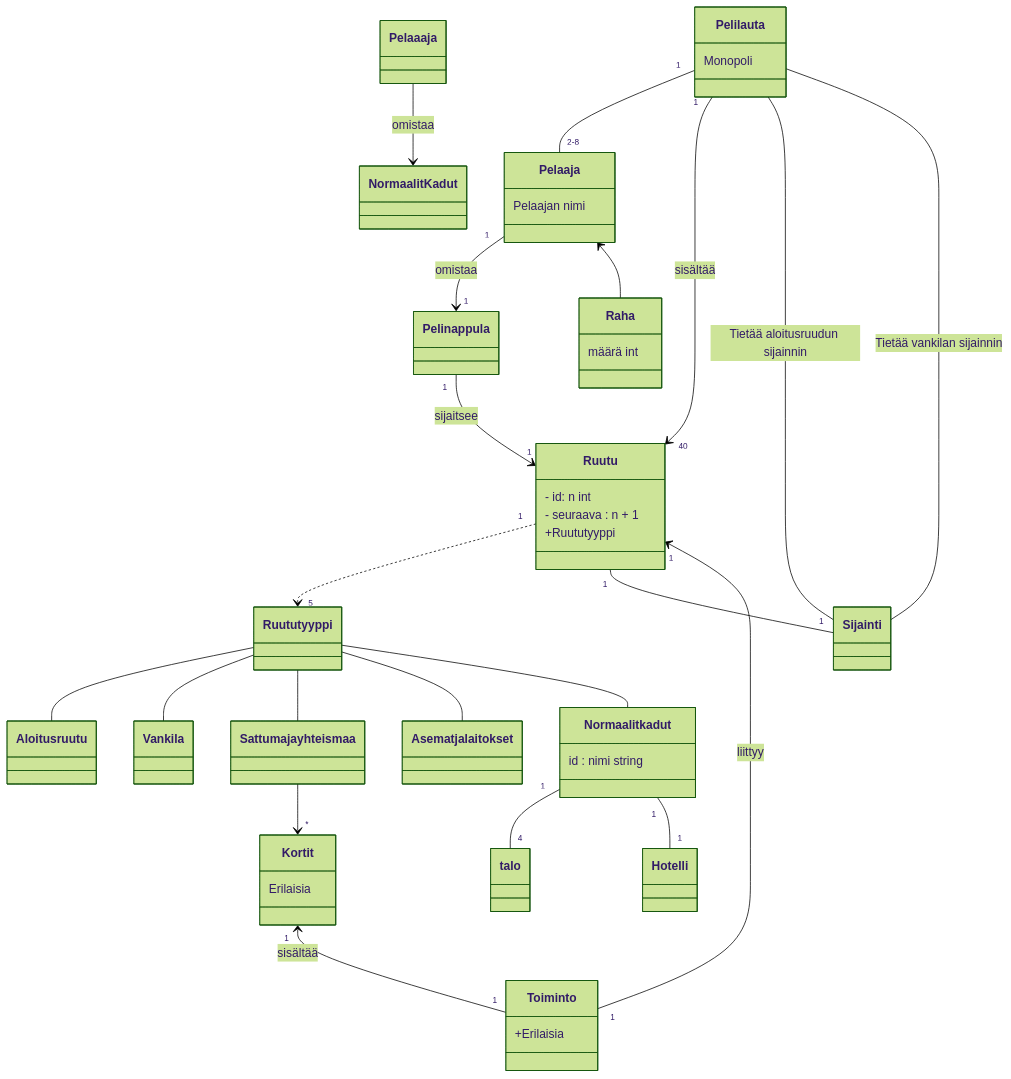
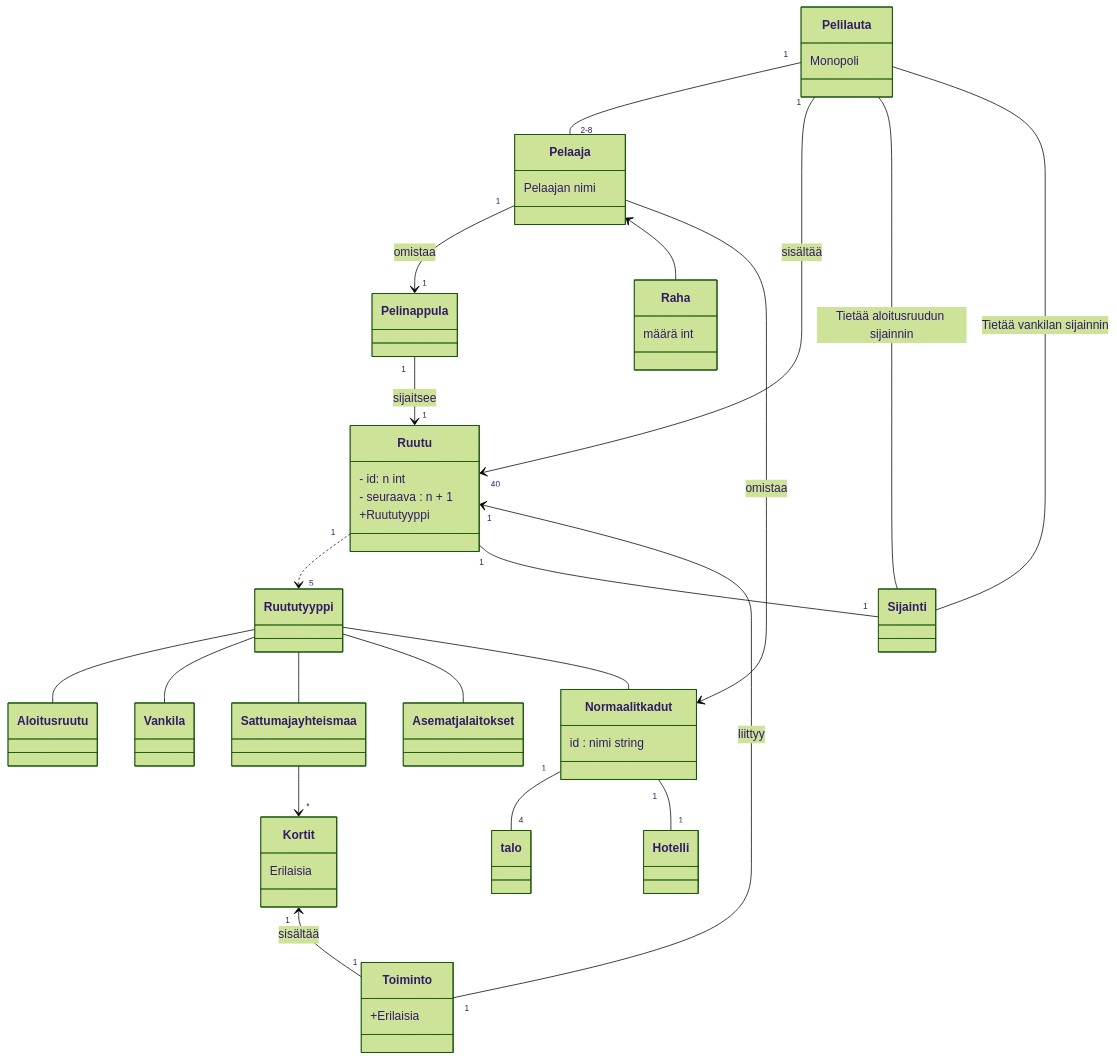
Before and after one commit to brotholi/ot-harjoitustyo: the diagram in laskarit/viikko3/monopoli.md, drawn with Mermaid (forest theme).

````diff
--- a/laskarit/viikko3/monopoli.md
+++ b/laskarit/viikko3/monopoli.md
@@ -1,81 +1,81 @@
 ```mermaid
  classDiagram
     
     
     class Pelaaja {
         Pelaajan nimi
     }
 
     class Pelilauta {
      Monopoli 
     }
     
     
     class Ruutu {
     - id: n int
     - seuraava : n + 1
      +Ruututyyppi 
     
     }
     
     
 
     class Normaalit kadut {
     id : nimi string
     }
          
     class Pelinappula {
     }
     
     class Toiminto {
     +Erilaisia
     }
     
     class Kortit {
     Erilaisia
     
     }
     
     class Raha {
     määrä int
     }
     
 
     Pelilauta "1" -- "2-8" Pelaaja
 
     Pelaaja "1" --> "1" Pelinappula : omistaa
     Pelilauta "1" --> "40" Ruutu : sisältää
     Pelinappula "1" --> "1" Ruutu : sijaitsee
 
     Ruutu "1" ..> "5" Ruututyyppi 
     
     Ruututyyppi -- Aloitusruutu
     Ruututyyppi -- Vankila
     Ruututyyppi -- Sattuma ja yhteismaa
     Ruututyyppi -- Asemat ja laitokset
     Ruututyyppi -- Normaalit kadut
 
 
     Sattuma ja yhteismaa --> "*" Kortit
     
     Ruutu "1" -- "1" Sijainti
     
     Pelilauta -- Sijainti : Tietää aloitusruudun sijainnin
     Pelilauta -- Sijainti : Tietää vankilan sijainnin
     
     Ruutu "1" <-- "1" Toiminto : liittyy
     
     Kortit "1" <-- "1" Toiminto : sisältää
     
     Pelaaja <-- Raha
     
     Normaalit kadut "1" -- "4" talo
     Normaalit kadut "1" -- "1" Hotelli
     
-    Pelaaaja --> Normaalit Kadut : omistaa
+    Pelaaja --> Normaalit kadut : omistaa
     
     
 
 
     
 ```
````
